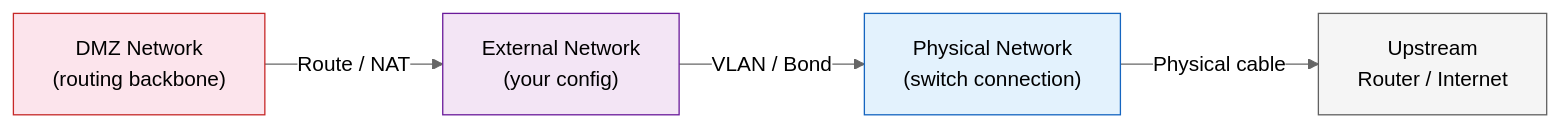
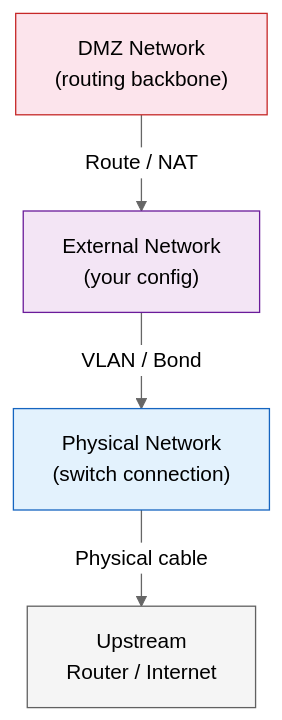
Before and after one commit to verge-io/docs-vergeos: the first of 2 diagrams in learn/04-networking/02-external-networks.md, drawn with Mermaid (neutral theme). The commit also changed other lines of this file, not shown here.

````diff
--- a/learn/04-networking/02-external-networks.md
+++ b/learn/04-networking/02-external-networks.md
@@ -15,16 +15,16 @@
 ```mermaid
-graph LR
+graph 
     DMZ["DMZ Network<br/>(routing backbone)"]
     EXT["External Network<br/>(your config)"]
     PHY["Physical Network<br/>(switch connection)"]
     UP["Upstream<br/>Router / Internet"]
 
     DMZ -->|"Route / NAT"| EXT
     EXT -->|"VLAN / Bond"| PHY
     PHY -->|"Physical cable"| UP
 
     style DMZ fill:#fce4ec,stroke:#c62828
     style EXT fill:#f3e5f5,stroke:#6a1b9a
     style PHY fill:#e3f2fd,stroke:#1565c0
     style UP fill:#f5f5f5,stroke:#616161
 ```
````
